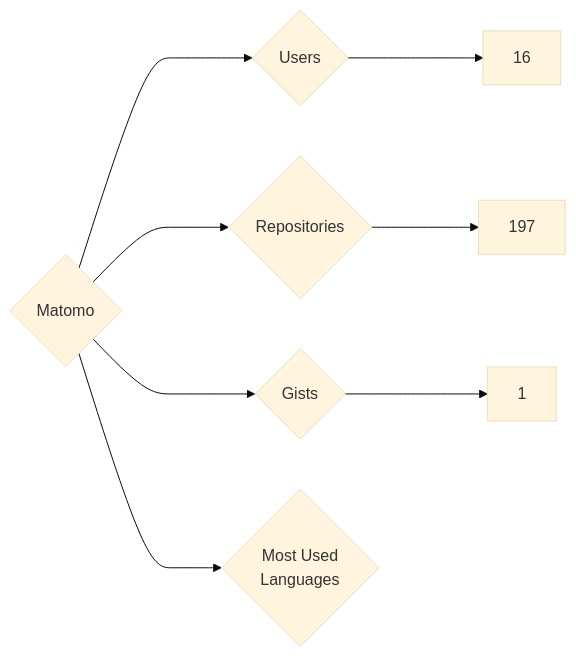
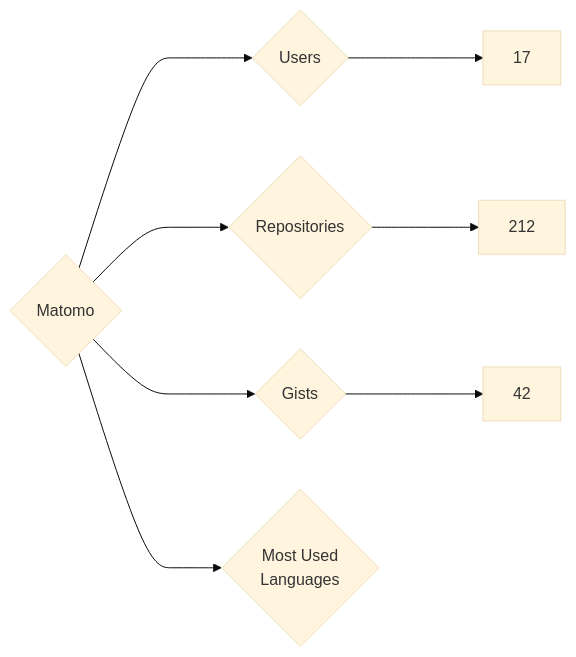
The diagram in targets/Matomo/README.md (nenadzaric/insiders), drawn with Mermaid (base theme) before and after one commit. The commit also changed 1342 other files, not shown here.

````diff
--- a/targets/Matomo/README.md
+++ b/targets/Matomo/README.md
@@ -3,8 +3,8 @@
 ```mermaid
 graph LR
 COMPANY_NAME{Matomo}
-COMPANY_NAME ---> U{Users} ---> UN[16]
-COMPANY_NAME ---> R{Repositories} ---> RN[197]
-COMPANY_NAME ---> G{Gists} ---> GN[1]
+COMPANY_NAME ---> U{Users} ---> UN[17]
+COMPANY_NAME ---> R{Repositories} ---> RN[212]
+COMPANY_NAME ---> G{Gists} ---> GN[42]
 COMPANY_NAME ---> ML{Most Used<br>Languages}
 ```
````
